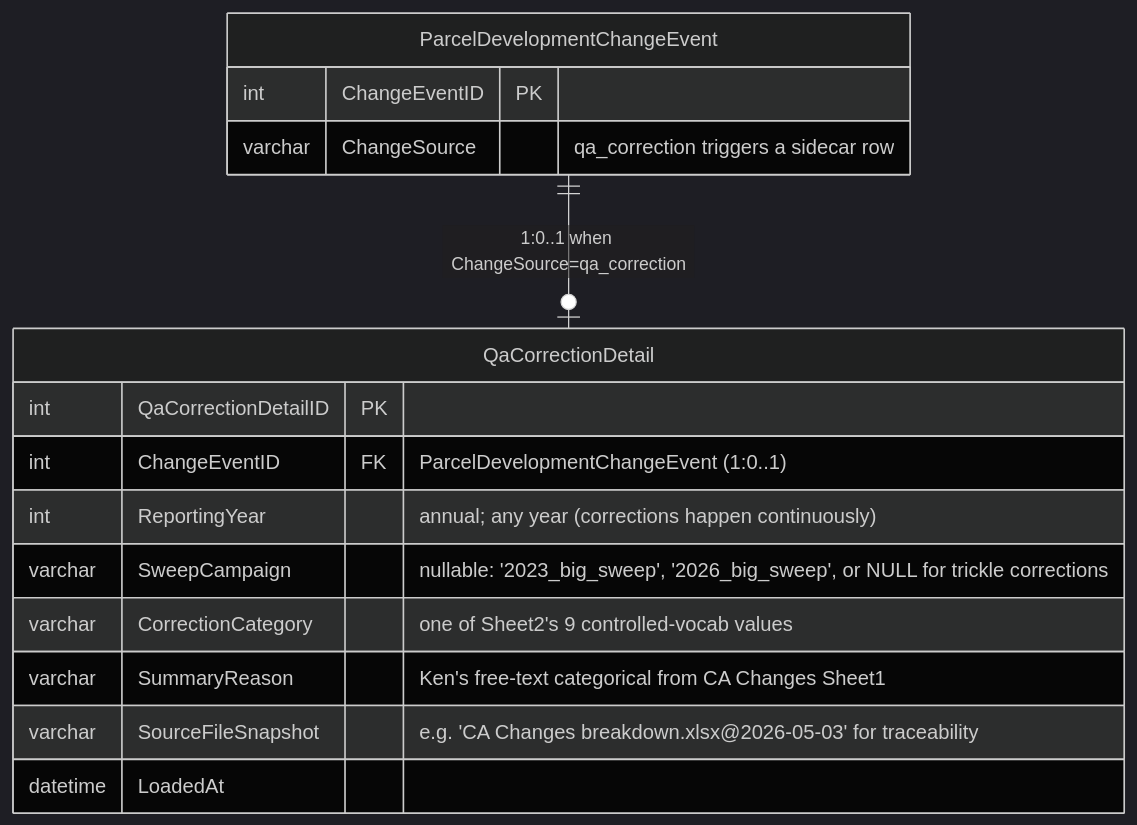
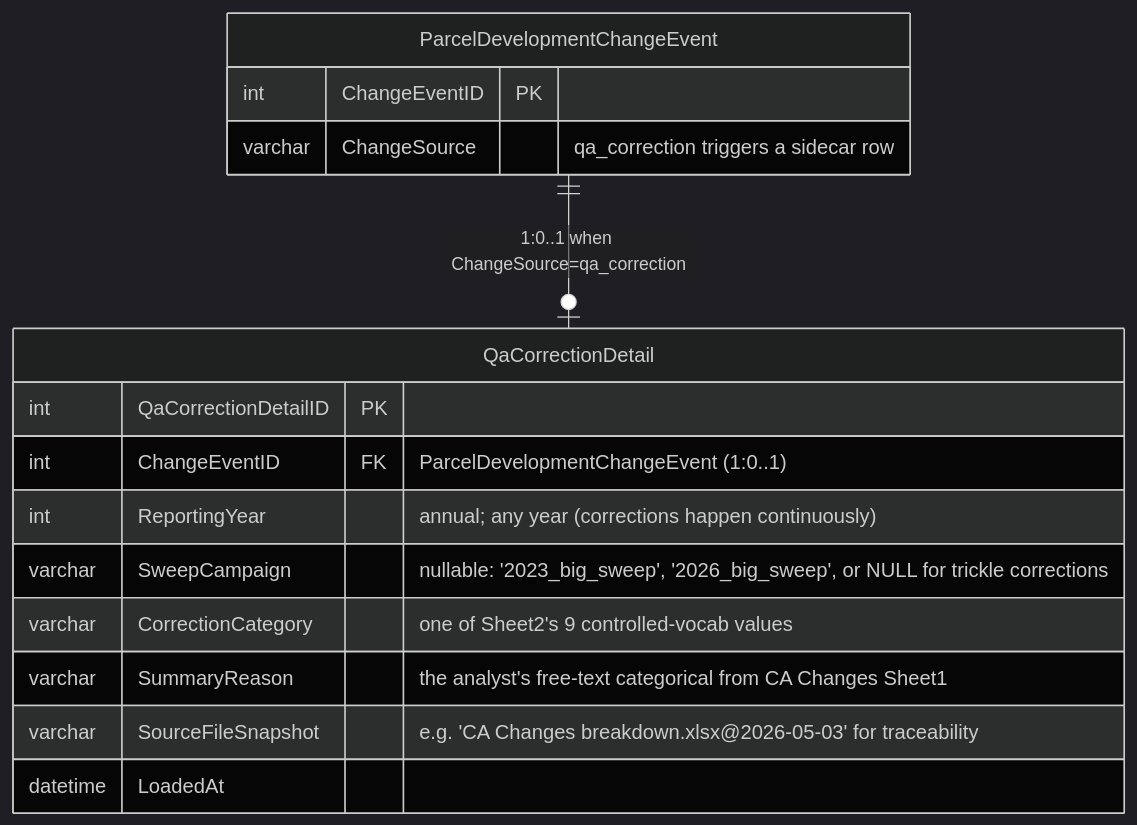
The second of 5 diagrams in erd/target_schema.md (trpa-agency/Reporting), drawn with Mermaid (dark theme) before and after one commit. The commit also changed other lines of this file and 54 other files, not shown here.

````diff
--- a/erd/target_schema.md
+++ b/erd/target_schema.md
@@ -406,19 +406,19 @@
 ```mermaid
 erDiagram
     ParcelDevelopmentChangeEvent {
         int ChangeEventID PK
         varchar ChangeSource "qa_correction triggers a sidecar row"
     }
     QaCorrectionDetail {
         int QaCorrectionDetailID PK
         int ChangeEventID FK "ParcelDevelopmentChangeEvent (1:0..1)"
         int ReportingYear "annual; any year (corrections happen continuously)"
         varchar SweepCampaign "nullable: '2023_big_sweep', '2026_big_sweep', or NULL for trickle corrections"
         varchar CorrectionCategory "one of Sheet2's 9 controlled-vocab values"
-        varchar SummaryReason "Ken's free-text categorical from CA Changes Sheet1"
+        varchar SummaryReason "the analyst's free-text categorical from CA Changes Sheet1"
         varchar SourceFileSnapshot "e.g. 'CA Changes breakdown.xlsx@2026-05-03' for traceability"
         datetime LoadedAt
     }
 
     ParcelDevelopmentChangeEvent ||--o| QaCorrectionDetail : "1:0..1 when ChangeSource=qa_correction"
 ```
````
